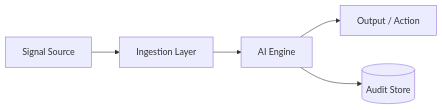
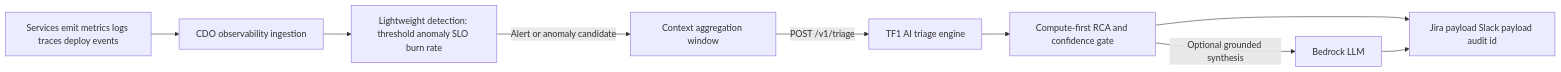
The diagram in capstone/tf-1/ai/docs/02_solution_design.md (c0mmie-b0msh3ll/xBrain-capstone2), drawn with Mermaid before and after one commit. The commit also changed other lines of this file and 7 other files, not shown here.

Commit message:
Clarify event-driven compute-first triage architecture

````diff
--- a/capstone/tf-1/ai/docs/02_solution_design.md
+++ b/capstone/tf-1/ai/docs/02_solution_design.md
@@ -11,7 +11,11 @@
 ```mermaid
 graph LR
-    A[Signal Source] --> B[Ingestion Layer]
-    B --> C[AI Engine]
-    C --> D[Output / Action]
-    C --> E[(Audit Store)]
+    A[Services emit metrics logs traces deploy events] --> B[CDO observability ingestion]
+    B --> C[Lightweight detection: threshold anomaly SLO burn rate]
+    C -->|Alert or anomaly candidate| D[Context aggregation window]
+    D -->|POST /v1/triage| E[TF1 AI triage engine]
+    E --> F[Compute-first RCA and confidence gate]
+    F -->|Optional grounded synthesis| G[Bedrock LLM]
+    F --> H[Jira payload Slack payload audit id]
+    G --> H
 ```
````
